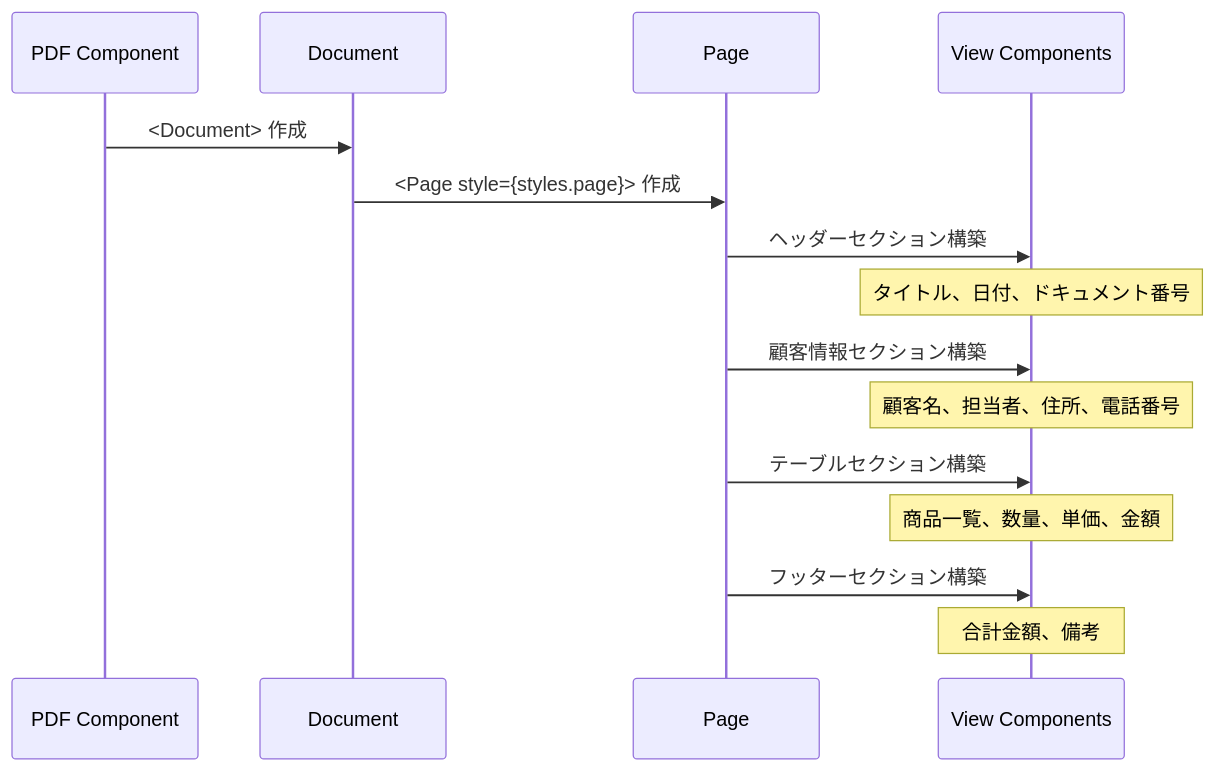
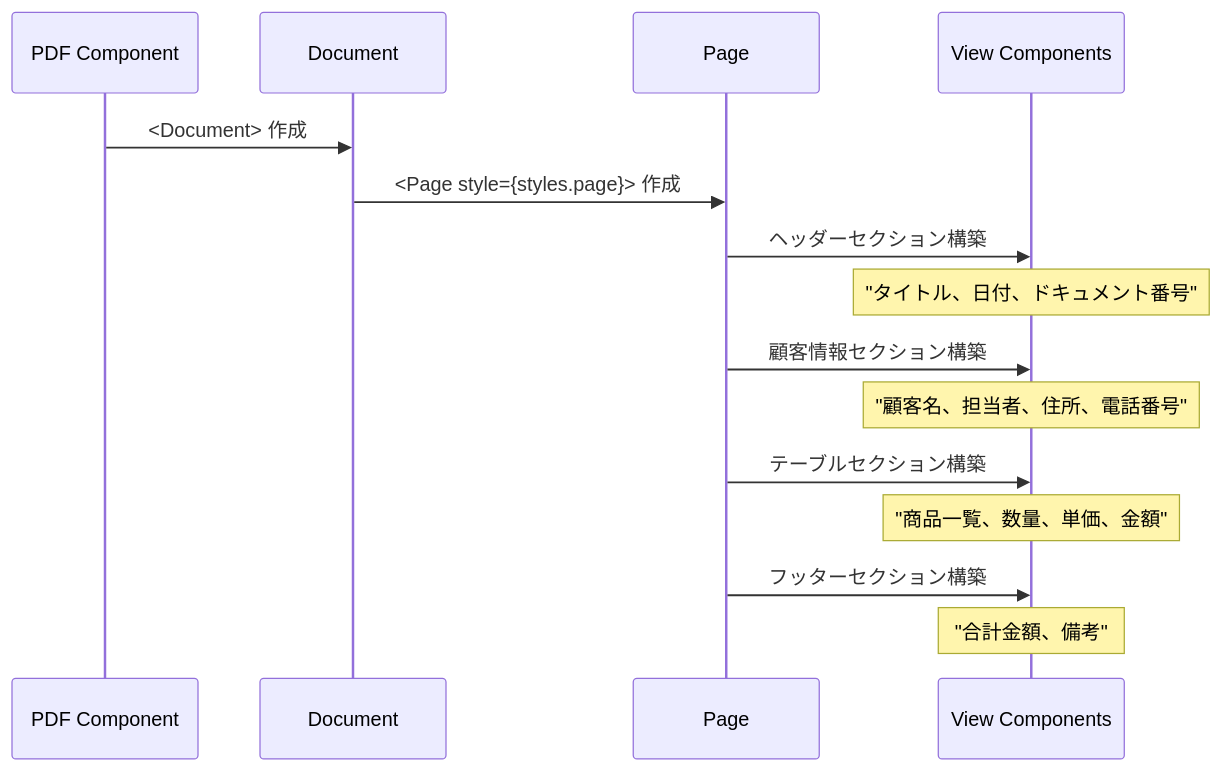
The third of 10 diagrams in document/components/sequence/PDF.md (wasabi49/ocs-systemDevelopmentExercises), drawn with Mermaid before and after one commit. The commit also changed other lines of this file and 42 other files, not shown here.

First line of the commit message:
fix: mermaidシーケンス図のNote over文でダブルクォーテーション不足を修正

````diff
--- a/document/components/sequence/PDF.md
+++ b/document/components/sequence/PDF.md
@@ -42,18 +42,18 @@
 ```mermaid
 sequenceDiagram
     participant PDFComp as PDF Component
     participant Document as Document
     participant Page as Page
     participant View as View Components
 
     PDFComp->>Document: <Document> 作成
     Document->>Page: <Page style={styles.page}> 作成
     Page->>View: ヘッダーセクション構築
-    Note over View: タイトル、日付、ドキュメント番号
+    Note over View: "タイトル、日付、ドキュメント番号"
     Page->>View: 顧客情報セクション構築
-    Note over View: 顧客名、担当者、住所、電話番号
+    Note over View: "顧客名、担当者、住所、電話番号"
     Page->>View: テーブルセクション構築
-    Note over View: 商品一覧、数量、単価、金額
+    Note over View: "商品一覧、数量、単価、金額"
     Page->>View: フッターセクション構築
-    Note over View: 合計金額、備考
+    Note over View: "合計金額、備考"
 ```
````
